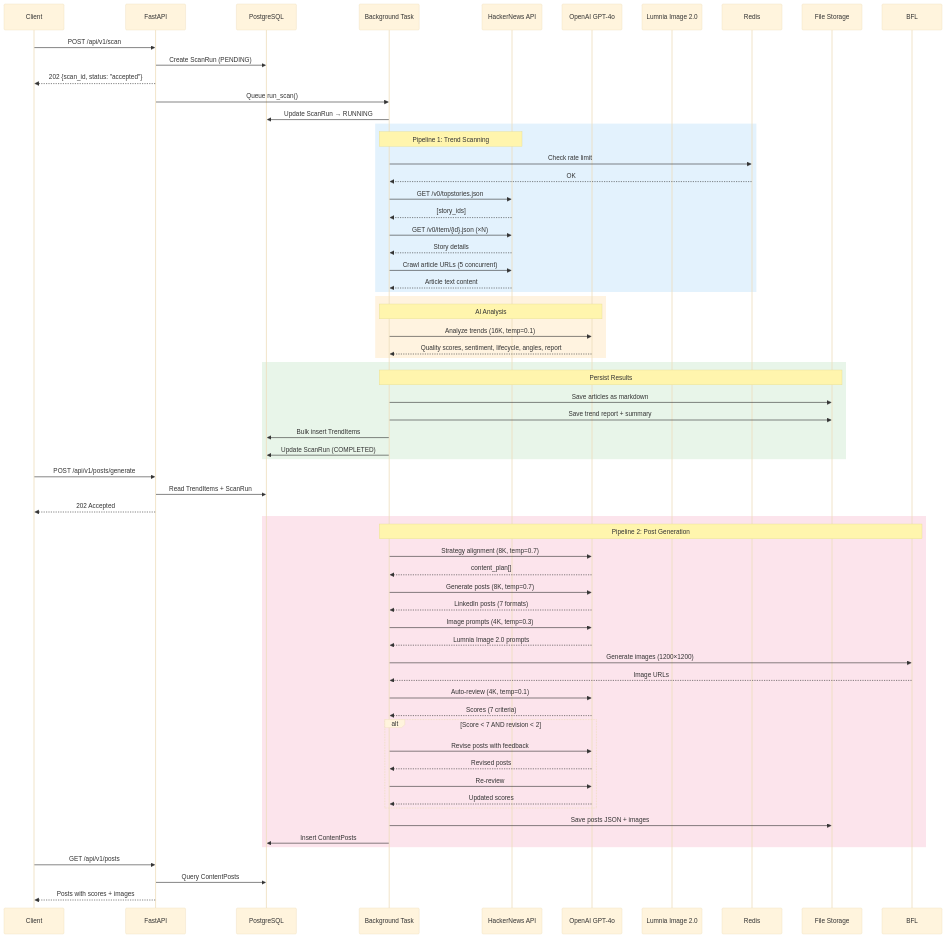
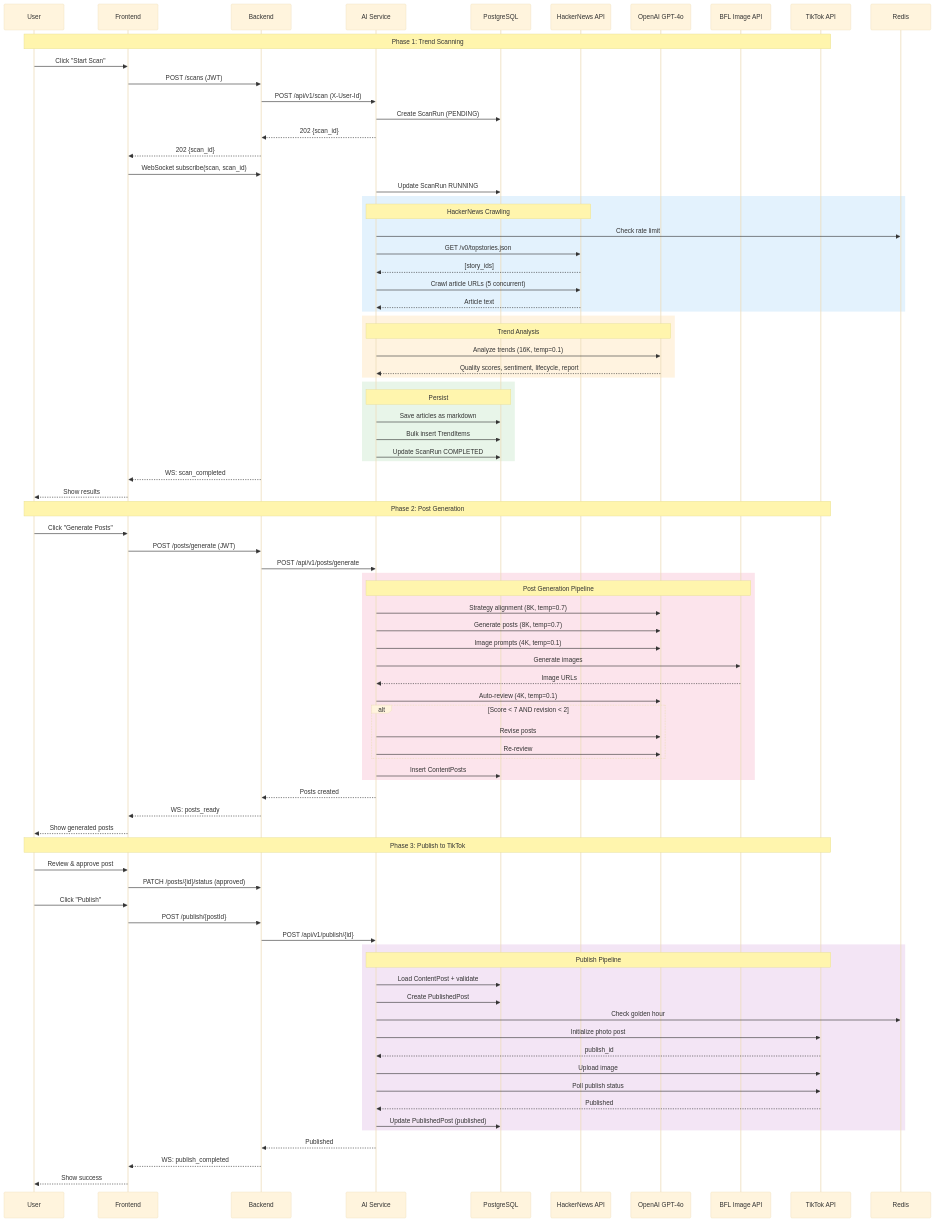
The seventh of 12 diagrams in docs/architecture-diagrams.md (minhduc59/marketing-content_create-multi_agent), drawn with Mermaid (base theme) before and after one commit. The commit also changed other lines of this file and 96 other files, not shown here.

Commit message:
Building the structure of FE and integrate API with backend-service

````diff
--- a/docs/architecture-diagrams.md
+++ b/docs/architecture-diagrams.md
@@ -284,77 +445,102 @@
 ```mermaid
 sequenceDiagram
-    participant C as Client
-    participant API as FastAPI
+    participant U as User
+    participant FE as Frontend
+    participant BE as Backend
+    participant AI as AI Service
     participant PG as PostgreSQL
-    participant BG as Background Task
     participant HN as HackerNews API
     participant GPT as OpenAI GPT-4o
-    participant Lumnia Image 2.0
+    participant BFL as BFL Image API
+    participant TT as TikTok API
     participant RD as Redis
-    participant FS as File Storage
 
-    C->>API: POST /api/v1/scan
-    API->>PG: Create ScanRun (PENDING)
-    API-->>C: 202 {scan_id, status: "accepted"}
+    Note over U,TT: Phase 1: Trend Scanning
 
-    API->>BG: Queue run_scan()
-    BG->>PG: Update ScanRun → RUNNING
+    U->>FE: Click "Start Scan"
+    FE->>BE: POST /scans (JWT)
+    BE->>AI: POST /api/v1/scan (X-User-Id)
+    AI->>PG: Create ScanRun (PENDING)
+    AI-->>BE: 202 {scan_id}
+    BE-->>FE: 202 {scan_id}
+    FE->>BE: WebSocket subscribe(scan, scan_id)
+
+    AI->>PG: Update ScanRun RUNNING
 
     rect rgb(227, 242, 253)
-        Note over BG,HN: Pipeline 1: Trend Scanning
-        BG->>RD: Check rate limit
-        RD-->>BG: OK
-        BG->>HN: GET /v0/topstories.json
-        HN-->>BG: [story_ids]
-        BG->>HN: GET /v0/item/{id}.json (×N)
-        HN-->>BG: Story details
-        BG->>HN: Crawl article URLs (5 concurrent)
-        HN-->>BG: Article text content
+        Note over AI,HN: HackerNews Crawling
+        AI->>RD: Check rate limit
+        AI->>HN: GET /v0/topstories.json
+        HN-->>AI: [story_ids]
+        AI->>HN: Crawl article URLs (5 concurrent)
+        HN-->>AI: Article text
     end
 
     rect rgb(255, 243, 224)
-        Note over BG,GPT: AI Analysis
-        BG->>GPT: Analyze trends (16K, temp=0.1)
-        GPT-->>BG: Quality scores, sentiment, lifecycle, angles, report
+        Note over AI,GPT: Trend Analysis
+        AI->>GPT: Analyze trends (16K, temp=0.1)
+        GPT-->>AI: Quality scores, sentiment, lifecycle, report
     end
 
     rect rgb(232, 245, 233)
-        Note over BG,FS: Persist Results
-        BG->>FS: Save articles as markdown
-        BG->>FS: Save trend report + summary
-        BG->>PG: Bulk insert TrendItems
-        BG->>PG: Update ScanRun (COMPLETED)
+        Note over AI,PG: Persist
+        AI->>PG: Save articles as markdown
+        AI->>PG: Bulk insert TrendItems
+        AI->>PG: Update ScanRun COMPLETED
     end
 
-    C->>API: POST /api/v1/posts/generate
-    API->>PG: Read TrendItems + ScanRun
-    API-->>C: 202 Accepted
+    BE-->>FE: WS: scan_completed
+    FE-->>U: Show results
+
+    Note over U,TT: Phase 2: Post Generation
+
+    U->>FE: Click "Generate Posts"
+    FE->>BE: POST /posts/generate (JWT)
+    BE->>AI: POST /api/v1/posts/generate
 
     rect rgb(252, 228, 236)
-        Note over BG,BFL: Pipeline 2: Post Generation
-        BG->>GPT: Strategy alignment (8K, temp=0.7)
-        GPT-->>BG: content_plan[]
-        BG->>GPT: Generate posts (8K, temp=0.7)
-        GPT-->>BG: LinkedIn posts (7 formats)
-        BG->>GPT: Image prompts (4K, temp=0.3)
-        GPT-->>BG: Lumnia Image 2.0 prompts
-        BG->>BFL: Generate images (1200×1200)
-        BFL-->>BG: Image URLs
-        BG->>GPT: Auto-review (4K, temp=0.1)
-        GPT-->>BG: Scores (7 criteria)
+        Note over AI,BFL: Post Generation Pipeline
+        AI->>GPT: Strategy alignment (8K, temp=0.7)
+        AI->>GPT: Generate posts (8K, temp=0.7)
+        AI->>GPT: Image prompts (4K, temp=0.1)
+        AI->>BFL: Generate images
+        BFL-->>AI: Image URLs
+        AI->>GPT: Auto-review (4K, temp=0.1)
 
         alt Score < 7 AND revision < 2
-            BG->>GPT: Revise posts with feedback
-            GPT-->>BG: Revised posts
-            BG->>GPT: Re-review
-            GPT-->>BG: Updated scores
+            AI->>GPT: Revise posts
+            AI->>GPT: Re-review
         end
 
-        BG->>FS: Save posts JSON + images
-        BG->>PG: Insert ContentPosts
+        AI->>PG: Insert ContentPosts
     end
 
-    C->>API: GET /api/v1/posts
-    API->>PG: Query ContentPosts
-    API-->>C: Posts with scores + images
+    AI-->>BE: Posts created
+    BE-->>FE: WS: posts_ready
+    FE-->>U: Show generated posts
+
+    Note over U,TT: Phase 3: Publish to TikTok
+
+    U->>FE: Review & approve post
+    FE->>BE: PATCH /posts/{id}/status (approved)
+    U->>FE: Click "Publish"
+    FE->>BE: POST /publish/{postId}
+    BE->>AI: POST /api/v1/publish/{id}
+
+    rect rgb(243, 229, 245)
+        Note over AI,TT: Publish Pipeline
+        AI->>PG: Load ContentPost + validate
+        AI->>PG: Create PublishedPost
+        AI->>RD: Check golden hour
+        AI->>TT: Initialize photo post
+        TT-->>AI: publish_id
+        AI->>TT: Upload image
+        AI->>TT: Poll publish status
+        TT-->>AI: Published
+        AI->>PG: Update PublishedPost (published)
+    end
+
+    AI-->>BE: Published
+    BE-->>FE: WS: publish_completed
+    FE-->>U: Show success
 ```
````
